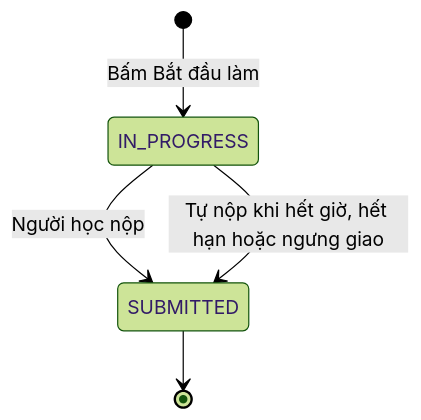
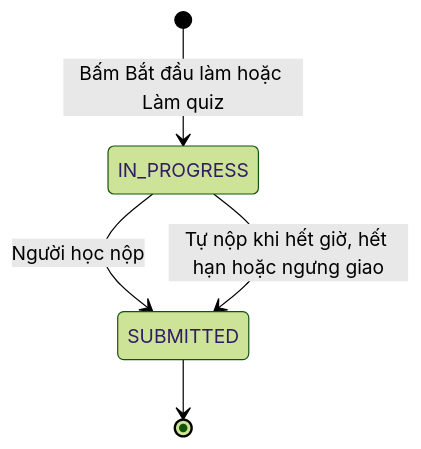
The diagram in aidlc-docs/construction/u11-attempt-submission/functional-design/domain-entities.md (hygef-v4/AI-Powered-Learning-Platform), drawn with Mermaid (forest theme) before and after one commit. The commit also changed other lines of this file and 185 other files, not shown here.

````diff
--- a/aidlc-docs/construction/u11-attempt-submission/functional-design/domain-entities.md
+++ b/aidlc-docs/construction/u11-attempt-submission/functional-design/domain-entities.md
@@ -41,7 +44,7 @@
 ```mermaid
 stateDiagram-v2
-    [*] --> IN_PROGRESS: Bấm Bắt đầu làm
+    [*] --> IN_PROGRESS: Bấm Bắt đầu làm hoặc Làm quiz
     IN_PROGRESS --> SUBMITTED: Người học nộp
     IN_PROGRESS --> SUBMITTED: Tự nộp khi hết giờ, hết hạn hoặc ngưng giao
     SUBMITTED --> [*]
 ```
````
